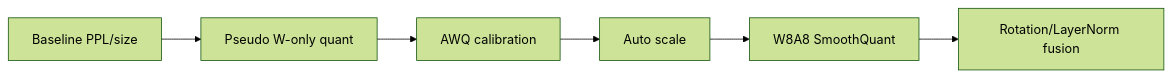
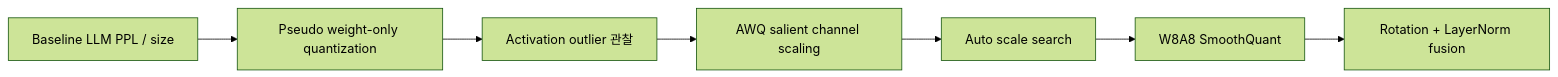
The diagram in study_notes/on_device_ai/practice/05_quantization_llm_practice_guide.md (knowgyu/aisp), drawn with Mermaid (forest theme) before and after one commit. The commit also changed other lines of this file and 10 other files, not shown here.

````diff
--- a/study_notes/on_device_ai/practice/05_quantization_llm_practice_guide.md
+++ b/study_notes/on_device_ai/practice/05_quantization_llm_practice_guide.md
@@ -11,14 +10,9 @@
 ```mermaid
 flowchart LR
-  A["Baseline PPL/size"]
-  B["Pseudo W-only quant"]
-  A --> B
-  C["AWQ calibration"]
-  B --> C
-  D["Auto scale"]
-  C --> D
-  E["W8A8 SmoothQuant"]
-  D --> E
-  F["Rotation/LayerNorm fusion"]
-  E --> F
+  A["Baseline LLM PPL / size"] --> B["Pseudo weight-only quantization"]
+  B --> C["Activation outlier 관찰"]
+  C --> D["AWQ salient channel scaling"]
+  D --> E["Auto scale search"]
+  E --> F["W8A8 SmoothQuant"]
+  F --> G["Rotation + LayerNorm fusion"]
 ```
````
